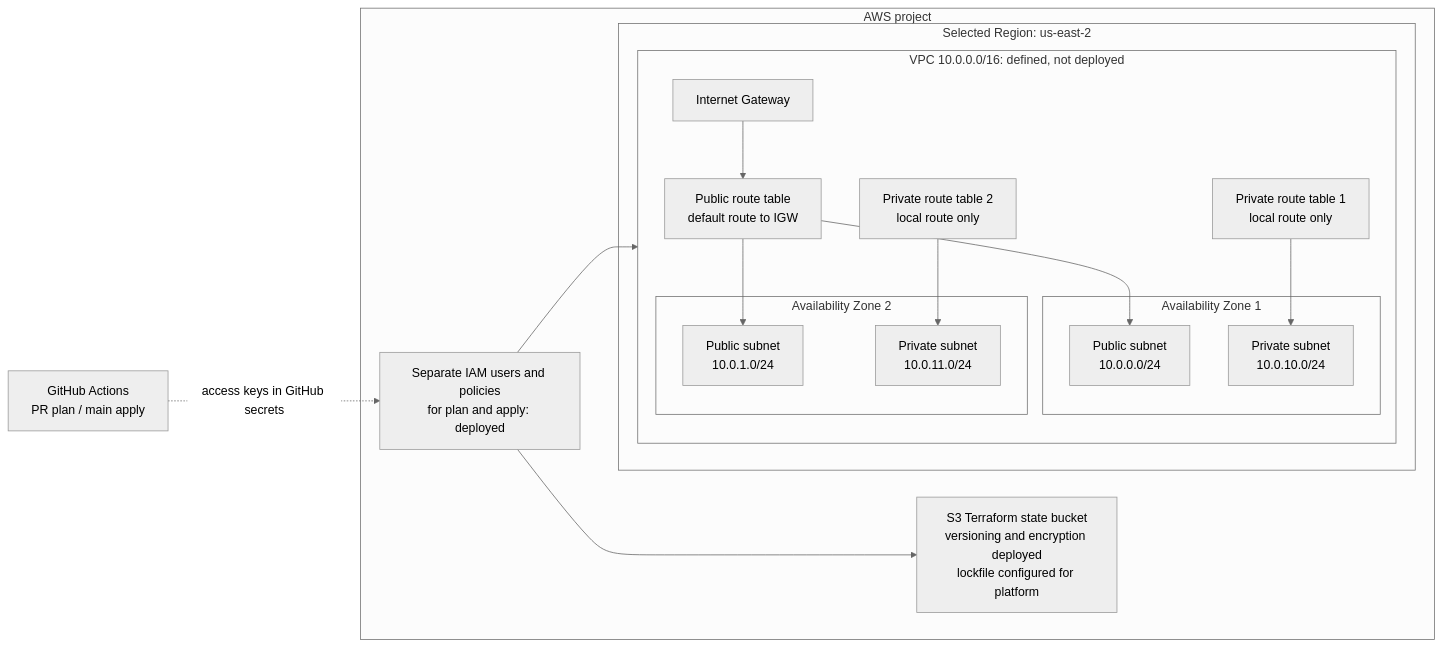
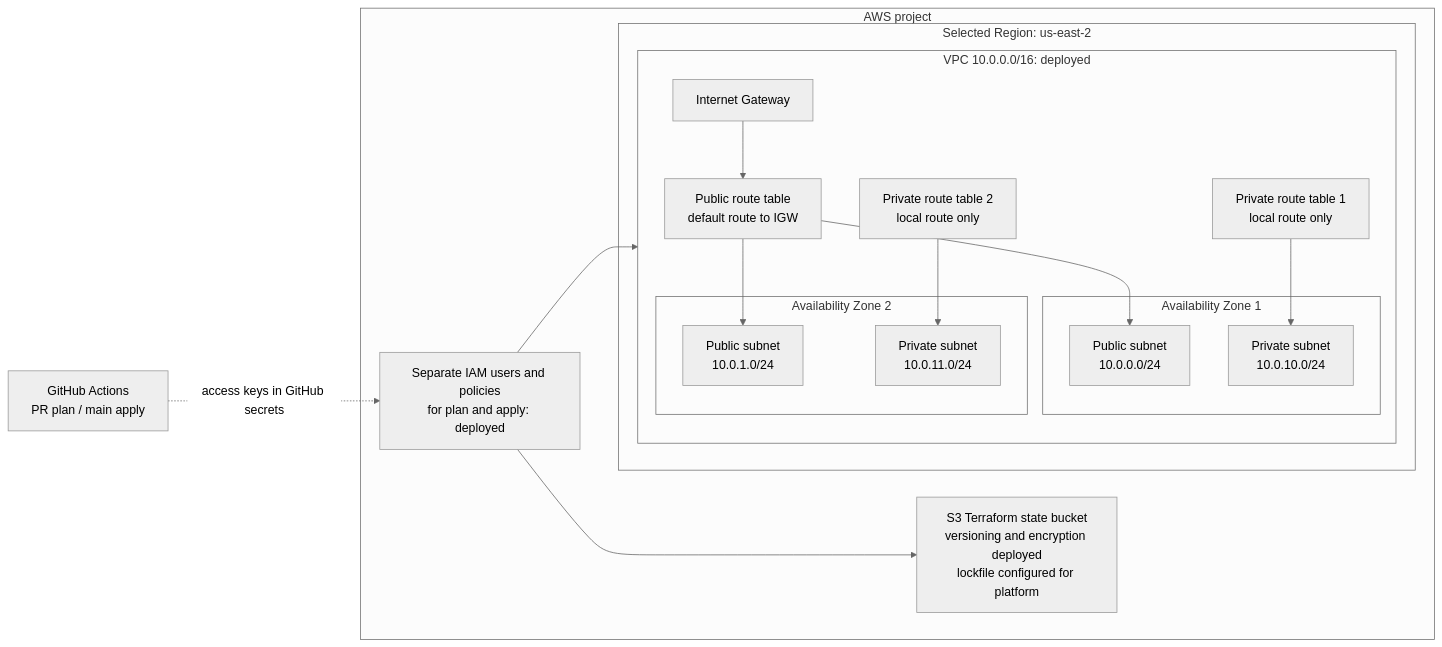
One commit to ramirocastillo93/aws-eks-platform-lab changed the diagram in README.md. Above: the diagram before and after it, drawn with Mermaid (neutral theme). The commit also changed other lines of this file, not shown here.

Commit message:
Document verified VPC deployment

````diff
--- a/README.md
+++ b/README.md
@@ -13,34 +13,34 @@
 ```mermaid
 flowchart LR
     gh[GitHub Actions<br/>PR plan / main apply]
 
     subgraph aws[AWS project]
         iam[Separate IAM users and policies<br/>for plan and apply: deployed]
         state[S3 Terraform state bucket<br/>versioning and encryption deployed<br/>lockfile configured for platform]
 
         subgraph region[Selected Region: us-east-2]
-            subgraph vpc[VPC 10.0.0.0/16: defined, not deployed]
+            subgraph vpc[VPC 10.0.0.0/16: deployed]
                 igw[Internet Gateway]
                 prt[Public route table<br/>default route to IGW]
                 subgraph az1[Availability Zone 1]
                     pub1[Public subnet<br/>10.0.0.0/24]
                     priv1[Private subnet<br/>10.0.10.0/24]
                 end
                 subgraph az2[Availability Zone 2]
                     pub2[Public subnet<br/>10.0.1.0/24]
                     priv2[Private subnet<br/>10.0.11.0/24]
                 end
                 r1[Private route table 1<br/>local route only]
                 r2[Private route table 2<br/>local route only]
             end
         end
     end
 
     gh -. access keys in GitHub secrets .-> iam
     iam --> state
     iam --> vpc
     igw --> prt
     prt --> pub1 & pub2
     r1 --> priv1
     r2 --> priv2
 ```
````
